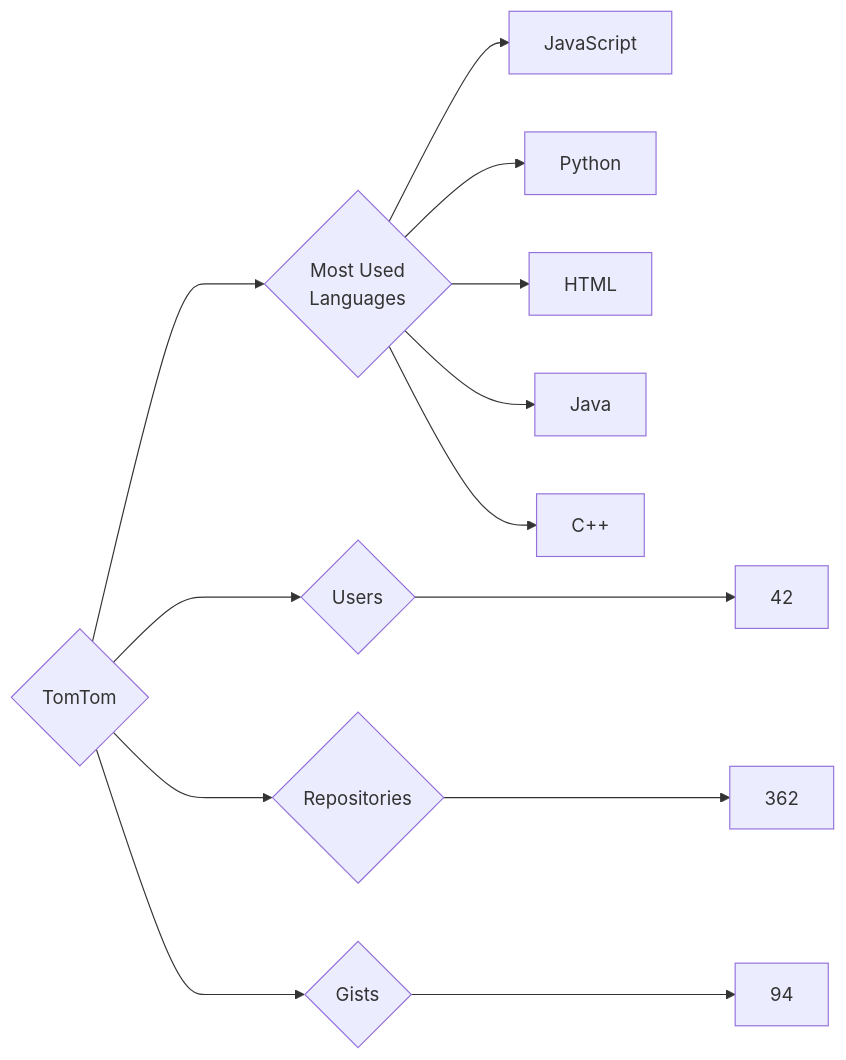
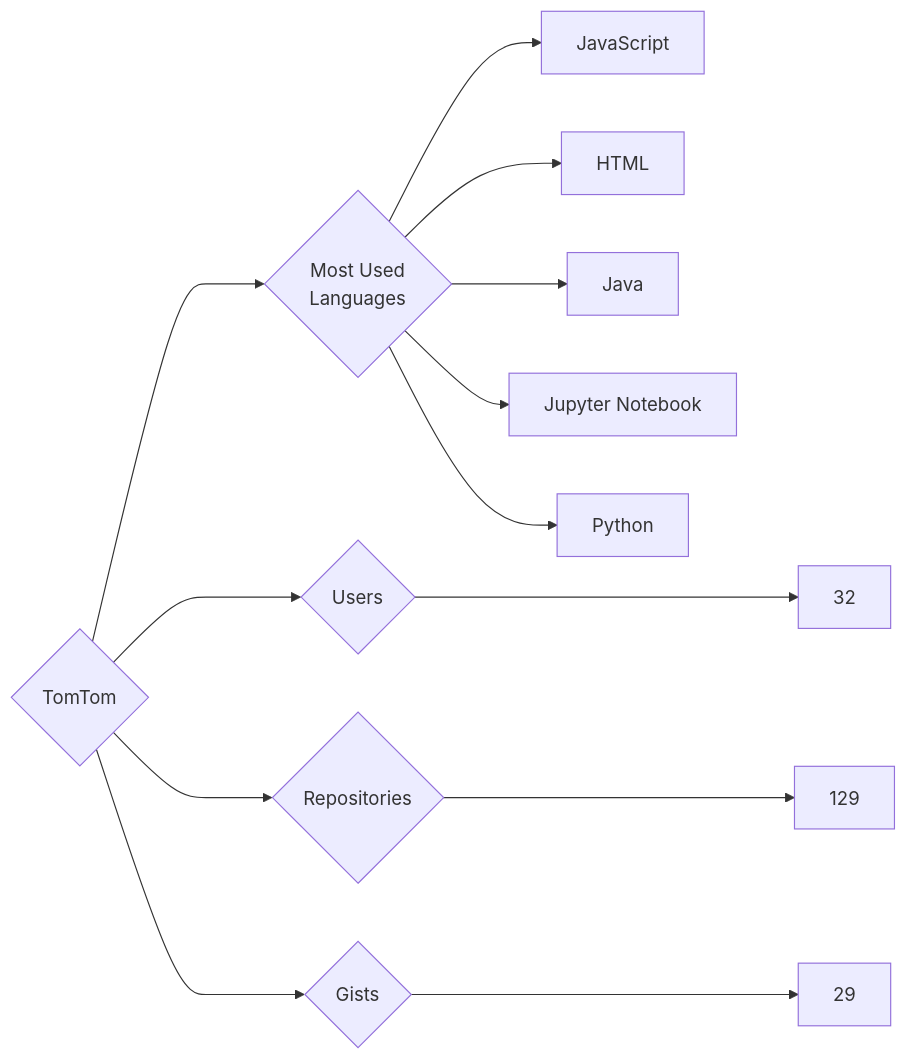
Before and after one commit to trickest/insiders: the diagram in targets/TomTom/README.md, drawn with Mermaid. The commit also changed 953 other files, not shown here.

````diff
--- a/targets/TomTom/README.md
+++ b/targets/TomTom/README.md
@@ -3,13 +3,13 @@
 ```mermaid
 graph LR
 COMPANY_NAME{TomTom}
-COMPANY_NAME ---> U{Users} ---> UN[42]
-COMPANY_NAME ---> R{Repositories} ---> RN[362]
-COMPANY_NAME ---> G{Gists} ---> GN[94]
+COMPANY_NAME ---> U{Users} ---> UN[32]
+COMPANY_NAME ---> R{Repositories} ---> RN[129]
+COMPANY_NAME ---> G{Gists} ---> GN[29]
 COMPANY_NAME ---> ML{Most Used<br>Languages}
 ML --> JavaScript[JavaScript]
-ML --> Python[Python]
 ML --> HTML[HTML]
 ML --> Java[Java]
-ML --> C++[C++]
+ML --> Jupyter_Notebook[Jupyter Notebook]
+ML --> Python[Python]
 ```
````
